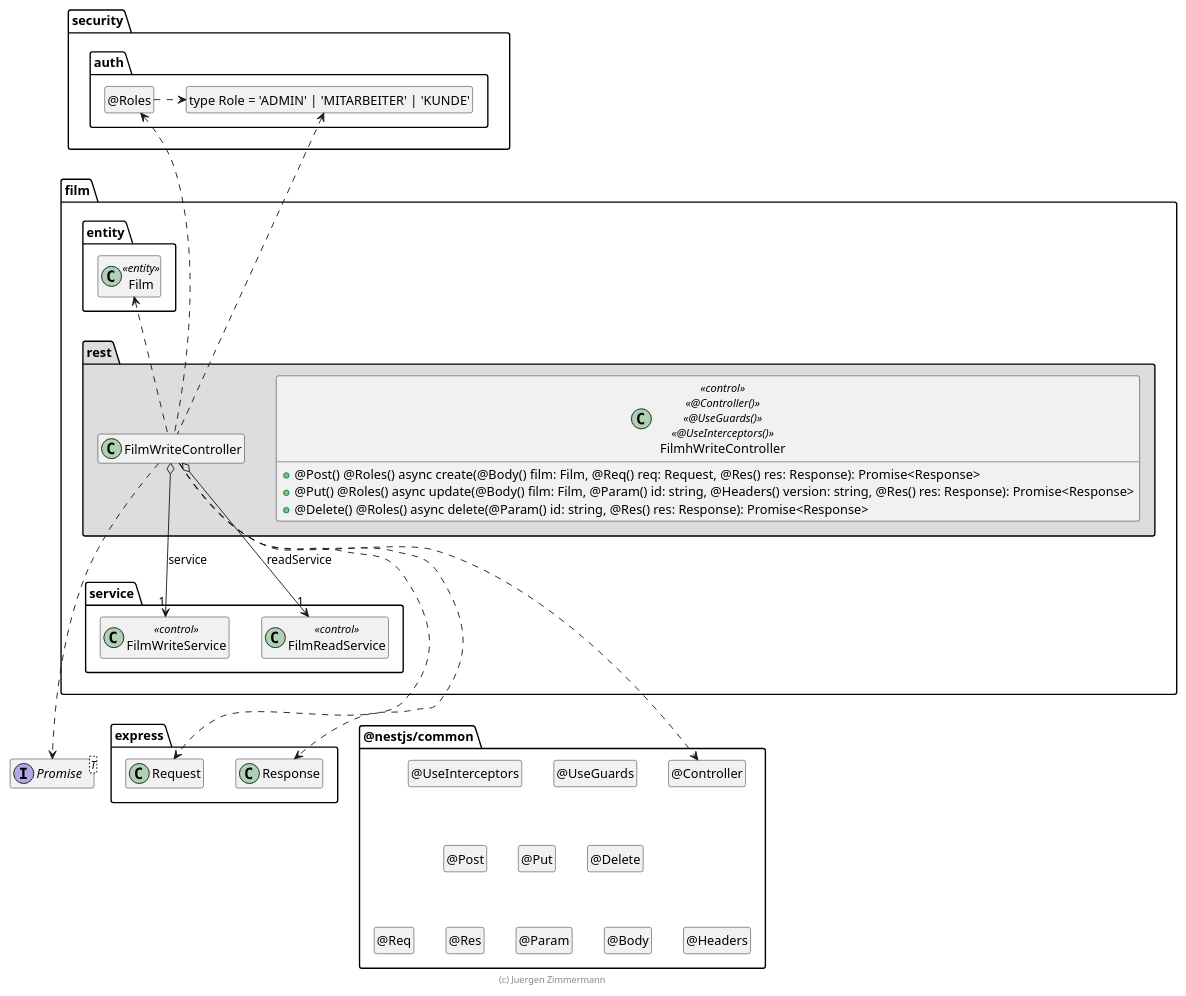
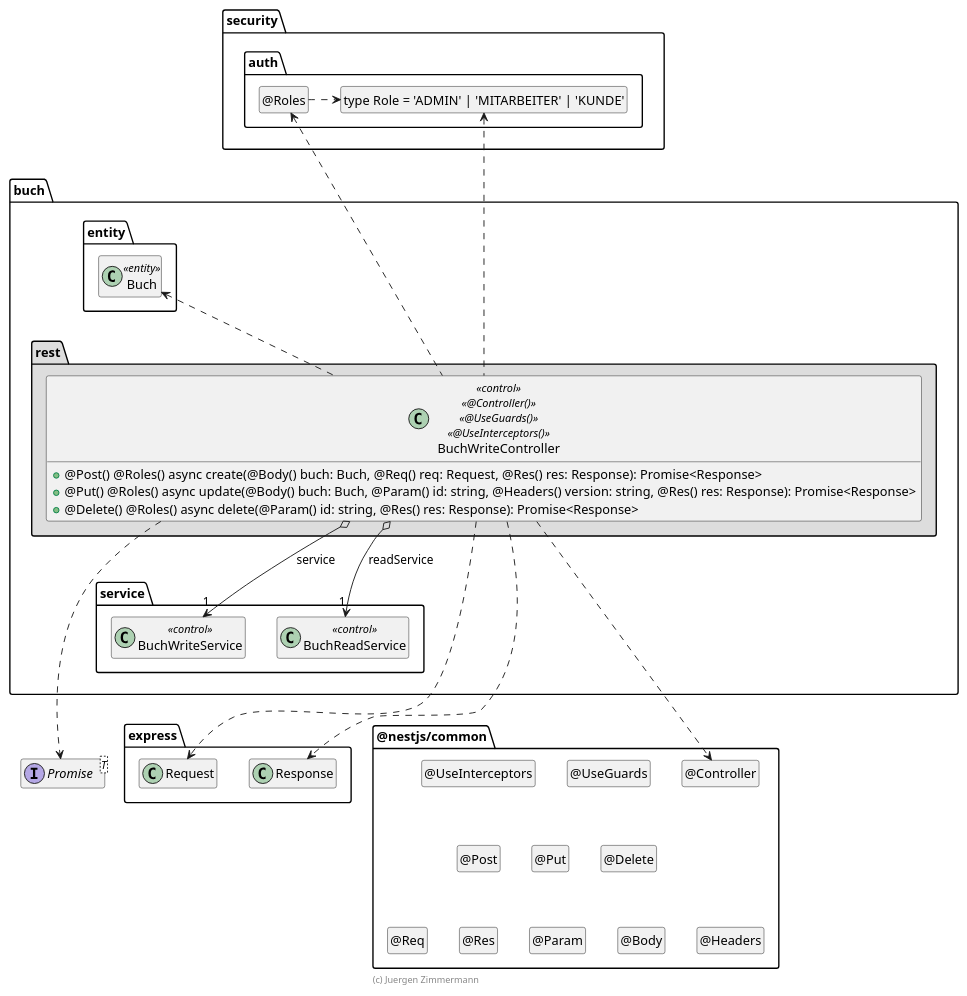
Before and after one commit to Yuszi/Film: the diagram in .extras/doc/entwicklerhandbuch/FilmWriteController.plantuml, drawn with PlantUML. The commit also changed 12 other files, not shown here.

```diff
--- a/.extras/doc/entwicklerhandbuch/FilmWriteController.plantuml
+++ b/.extras/doc/entwicklerhandbuch/FilmWriteController.plantuml
@@ -18,110 +18,110 @@
 @startuml Controller-Klasse
 
 interface Promise<T>
 
 package @nestjs/common {
   class "@Controller" as Controller
   hide Controller circle
 
   class "@UseGuards" as UseGuards
   hide UseGuards circle
 
   class "@UseInterceptors" as UseInterceptors
   hide UseInterceptors circle
 
   class "@Post" as Post
   hide Post circle
 
   class "@Put" as Put
   hide Put circle
 
   class "@Delete" as Delete
   hide Delete circle
 
   class "@Req" as Req
   hide Req circle
 
   class "@Res" as Res
   hide Res circle
 
   class "@Param" as Param
   hide Param circle
 
   class "@Body" as Body
   hide Body circle
 
   class "@Headers" as Headers
   hide Headers circle
 
   UseInterceptors .[hidden].> Post
   UseInterceptors .[hidden].> Put
   UseInterceptors .[hidden].> Delete
 
   Post .[hidden].> Req
   Post .[hidden].> Res
   Post .[hidden].> Param
   Post .[hidden].> Body
   Post .[hidden].> Headers
 }
 
 package express {
   class Request
   class Response
 
   Response .right[hidden].> Controller
 }
 
 package security.auth {
   class "type Role = 'ADMIN' | 'MITARBEITER' | 'KUNDE'" as Role
   hide Role circle
 
   class "@Roles" as Roles
   hide Roles circle
 
   Roles .right.> Role
 }
 
-package film {
+package buch {
   package entity #FFFFFF {
-    class Film <<entity>>
+    class Buch <<entity>>
 
-    Film .[hidden].> Promise
-    Film .[hidden].> Request
+    Buch .[hidden].> Promise
+    Buch .[hidden].> Request
   }
 
   package service {
-    class FilmWriteService << control >>
-    class FilmReadService << control >>
+    class BuchWriteService << control >>
+    class BuchReadService << control >>
   }
 
   package rest #DDDDDD {
-    class FilmhWriteController << control >> << @Controller() >> << @UseGuards() >> << @UseInterceptors() >> {
-      + @Post() @Roles() async create(@Body() film: Film, @Req() req: Request,  @Res() res: Response): Promise<Response>
-      + @Put() @Roles() async update(@Body() film: Film, @Param() id: string, @Headers() version: string, @Res() res: Response): Promise<Response>
+    class BuchWriteController << control >> << @Controller() >> << @UseGuards() >> << @UseInterceptors() >> {
+      + @Post() @Roles() async create(@Body() buch: Buch, @Req() req: Request,  @Res() res: Response): Promise<Response>
+      + @Put() @Roles() async update(@Body() buch: Buch, @Param() id: string, @Headers() version: string, @Res() res: Response): Promise<Response>
       + @Delete() @Roles() async delete(@Param() id: string, @Res() res: Response): Promise<Response>
     }
 
-    FilmWriteController o--> "1" FilmWriteService : service
-    FilmWriteController o--> "1" FilmReadService : readService
-    FilmWriteController ..up> Film
+    BuchWriteController o--> "1" BuchWriteService : service
+    BuchWriteController o--> "1" BuchReadService : readService
+    BuchWriteController ..up> Buch
 
-    FilmWriteController ..> Controller
+    BuchWriteController ..> Controller
 
-    FilmWriteController .up.> Roles
-    FilmWriteController .up.> Role
+    BuchWriteController .up.> Roles
+    BuchWriteController .up.> Role
 
-    FilmWriteController ..> Request
-    FilmWriteController ..> Response
-    FilmWriteController ..> Promise
+    BuchWriteController ..> Request
+    BuchWriteController ..> Response
+    BuchWriteController ..> Promise
 
-    Film .up[hidden].> Roles
-    FilmWriteService .[hidden].> Request
-    FilmWriteService .[hidden].> Promise
+    Buch .up[hidden].> Roles
+    BuchWriteService .[hidden].> Request
+    BuchWriteService .[hidden].> Promise
   }
 }
 
 hide empty members
 
 footer (c) Juergen Zimmermann
 
 @enduml
```
